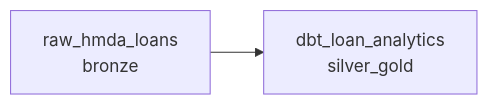
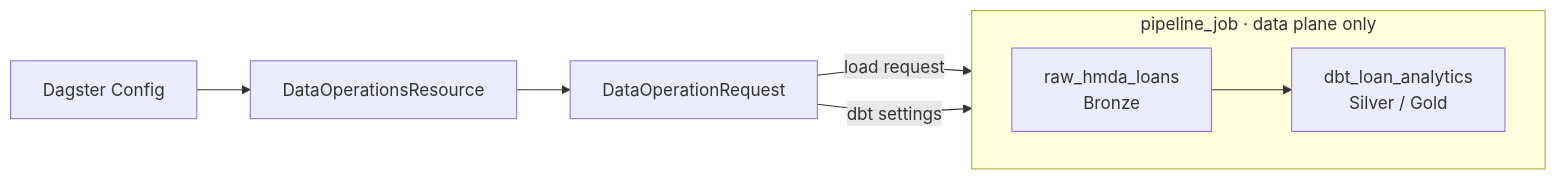
One commit to mols3131d/hmda-data-reliability changed the diagram in docs/domains/orchestration.md. Above: the diagram before and after it, drawn with Mermaid.

Commit message:
docs: clarify orchestration Mermaid graph

````diff
--- a/docs/domains/orchestration.md
+++ b/docs/domains/orchestration.md
@@ -23,4 +23,12 @@
 ```mermaid
 flowchart LR
-    raw[raw_hmda_loans<br/>bronze] --> dbt[dbt_loan_analytics<br/>silver_gold]
+    config["Dagster Config"] --> resource["DataOperationsResource"] --> request["DataOperationRequest"]
+
+    subgraph job["pipeline_job · data plane only"]
+        direction LR
+        raw["raw_hmda_loans<br/>Bronze"] --> dbt["dbt_loan_analytics<br/>Silver / Gold"]
+    end
+
+    request -->|load request| raw
+    request -->|dbt settings| dbt
 ```
````
